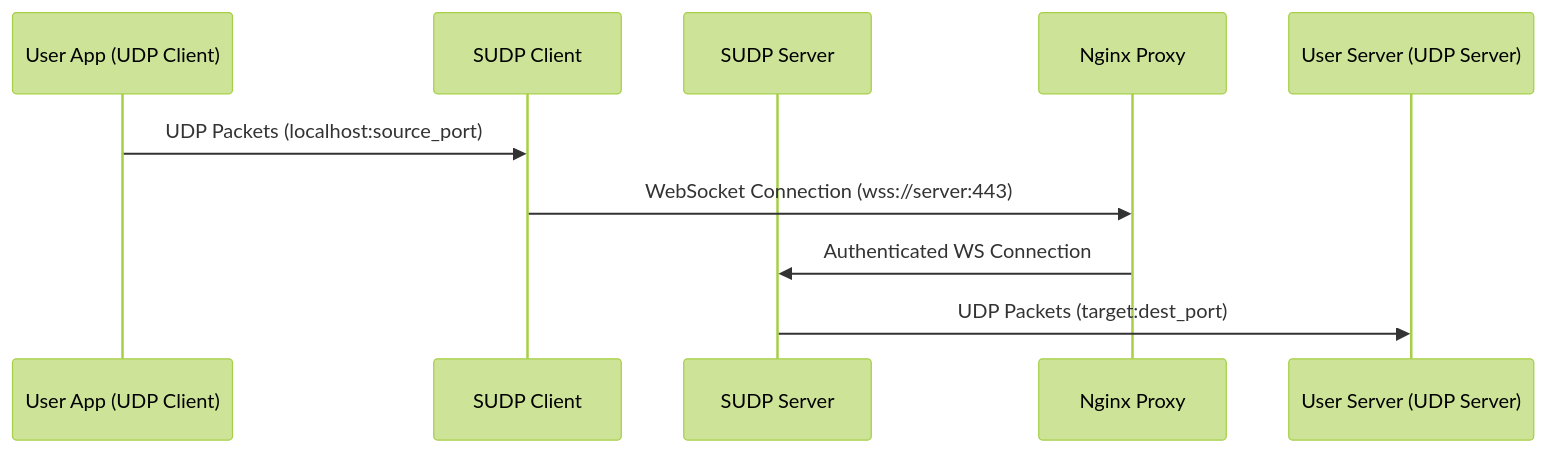
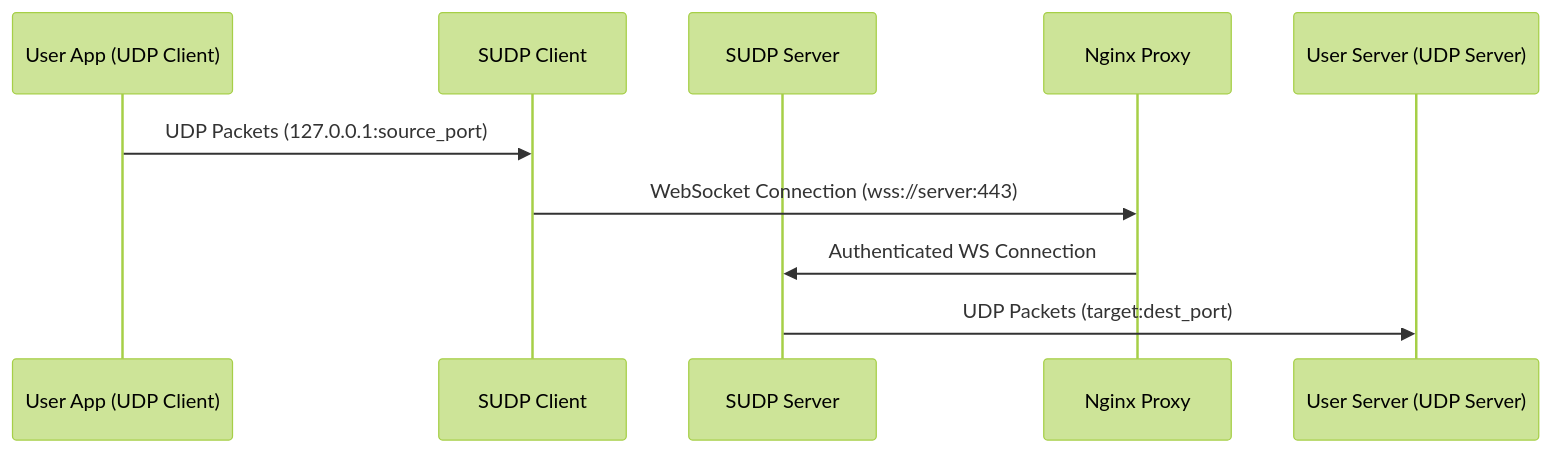
Before and after one commit to meirm/sudp: the diagram in USER_STORY.md, drawn with Mermaid (forest theme). The commit also changed other lines of this file and 1 other file, not shown here.

````diff
--- a/USER_STORY.md
+++ b/USER_STORY.md
@@ -9,13 +9,13 @@
 ```mermaid
 sequenceDiagram
     participant UA as User App (UDP Client)
     participant SC as SUDP Client
     participant SS as SUDP Server
     participant NG as Nginx Proxy
     participant US as User Server (UDP Server)
     
-    UA->>SC: UDP Packets (localhost:source_port)
+    UA->>SC: UDP Packets (127.0.0.1:source_port)
     SC->>NG: WebSocket Connection (wss://server:443)
     NG->>SS: Authenticated WS Connection
     SS->>US: UDP Packets (target:dest_port)
 ```
````
